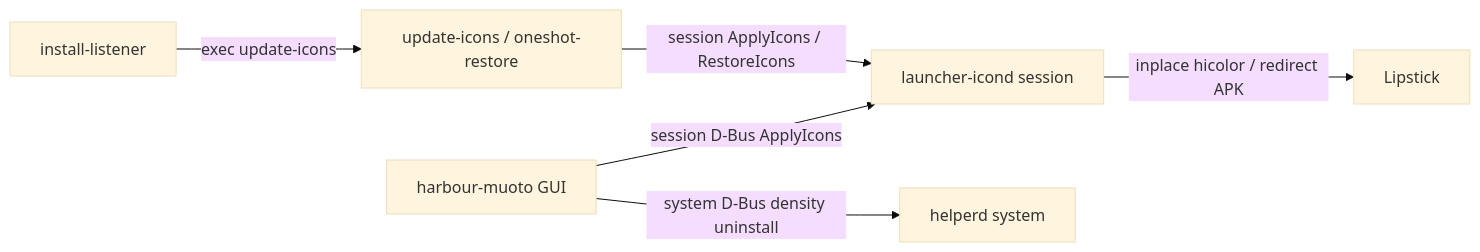
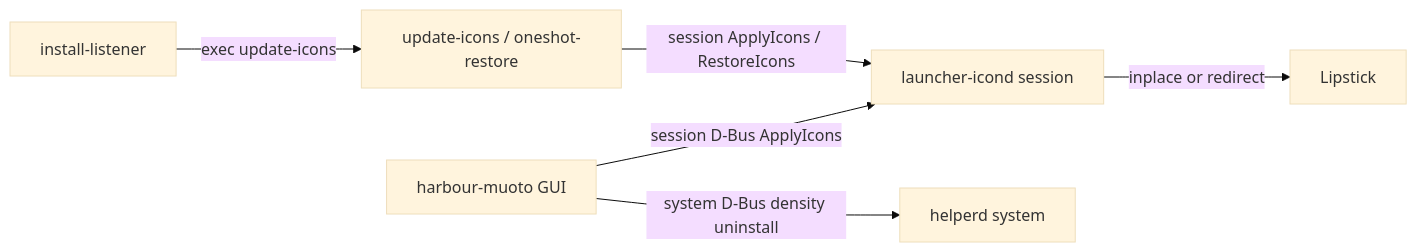
Before and after one commit to uithemer/harbour-muoto: the diagram in docs/devel/architecture.md, drawn with Mermaid (base theme). The commit also changed other lines of this file and 27 other files, not shown here.

````diff
--- a/docs/devel/architecture.md
+++ b/docs/devel/architecture.md
@@ -14,15 +14,15 @@
 ```mermaid
 flowchart LR
   GUI[harbour-muoto GUI]
   IC[launcher-icond session]
   HD[helperd system]
   IL[install-listener]
   UI[update-icons / oneshot-restore]
   L[Lipstick]
 
   GUI -->|session D-Bus ApplyIcons| IC
   GUI -->|system D-Bus density uninstall| HD
   IL -->|exec update-icons| UI
   UI -->|session ApplyIcons / RestoreIcons| IC
-  IC -->|inplace hicolor / redirect APK| L
+  IC -->|inplace or redirect| L
 ```
````
